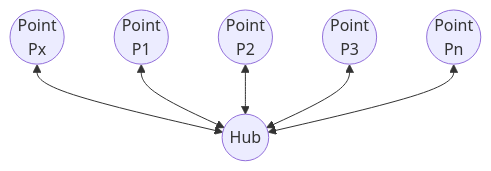
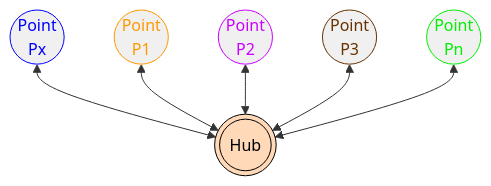
The first of 3 diagrams in README.md (eenti-utils/xl8r), drawn with Mermaid before and after one commit. The commit also changed other lines of this file, not shown here.

````diff
--- a/README.md
+++ b/README.md
@@ -6,8 +6,16 @@
 ```mermaid
-graph TD;
-  X((Point<br>Px))<-->H((Hub));
-  A((Point<br>P1))<-->H((Hub));
-  B((Point<br>P2))<-->H((Hub));
-  C((Point<br>P3))<-->H((Hub));
-  N((Point<br>Pn))<-->H((Hub));
+flowchart TB;
+  X((Point<br>Px))<-->H(((Hub)));
+  A((Point<br>P1))<-->H;
+  B((Point<br>P2))<-->H;
+  C((Point<br>P3))<-->H;
+  N((Point<br>Pn))<-->H;
+
+  style H fill:#FFD9B8,stroke:black,color:black
+  style X fill:#F0F0F0,stroke:#0000FF,color:#0000FF
+  style A fill:#F0F0F0,stroke:#FF9900,color:#FF9900
+  style B fill:#F0F0F0,stroke:#cc00ff,color:#cc00ff
+  style C fill:#F0F0F0,stroke:#663300,color:#663300
+  style N fill:#F0F0F0,stroke:#00F000,color:#00F000
+
 ```
````
